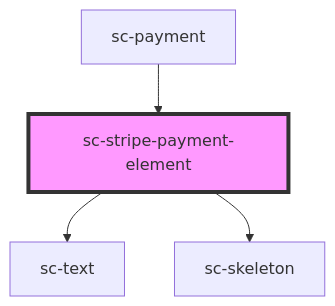
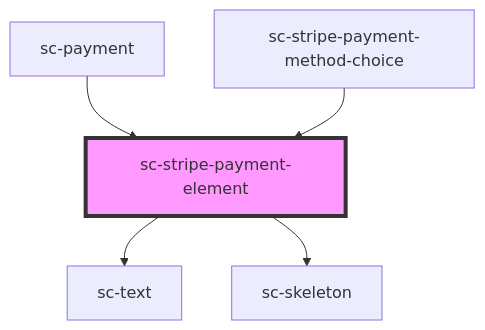
The diagram in packages/components/src/components/ui/stripe-payment-element/readme.md (surecart/surecart-wp-plugin), drawn with Mermaid before and after one commit. The commit also changed other lines of this file and 52 other files, not shown here.

````diff
--- a/packages/components/src/components/ui/stripe-payment-element/readme.md
+++ b/packages/components/src/components/ui/stripe-payment-element/readme.md
@@ -52,7 +53,8 @@
 ```mermaid
 graph TD;
   sc-stripe-payment-element --> sc-text
   sc-stripe-payment-element --> sc-skeleton
   sc-payment --> sc-stripe-payment-element
+  sc-stripe-payment-method-choice --> sc-stripe-payment-element
   style sc-stripe-payment-element fill:#f9f,stroke:#333,stroke-width:4px
 ```
````
